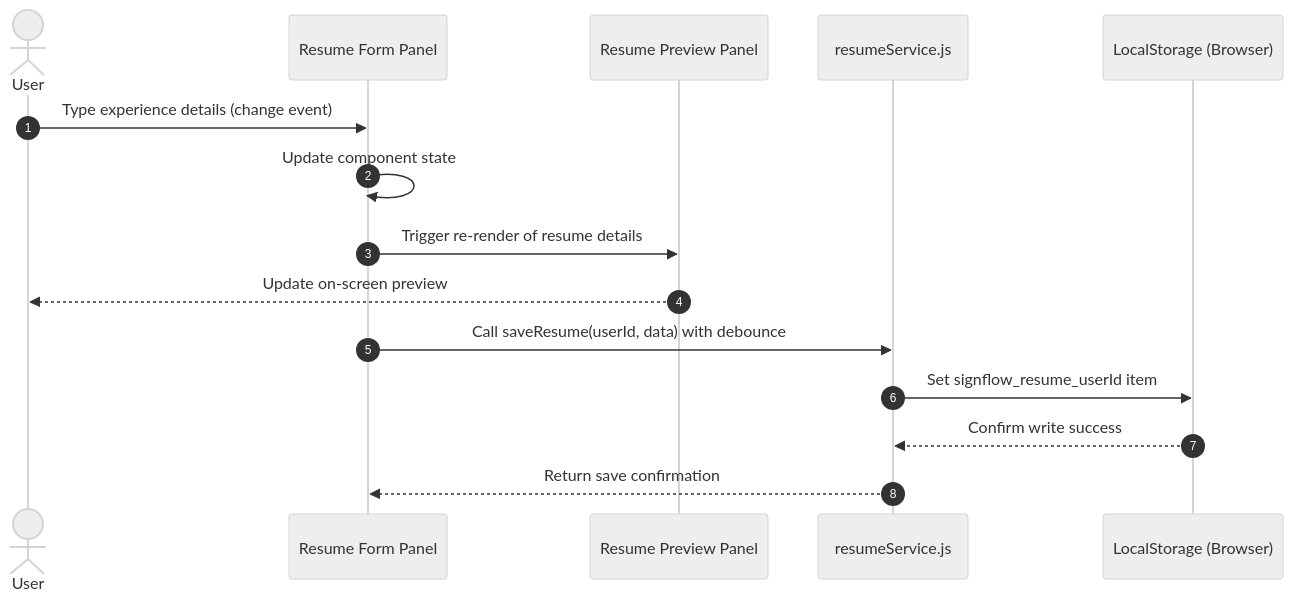
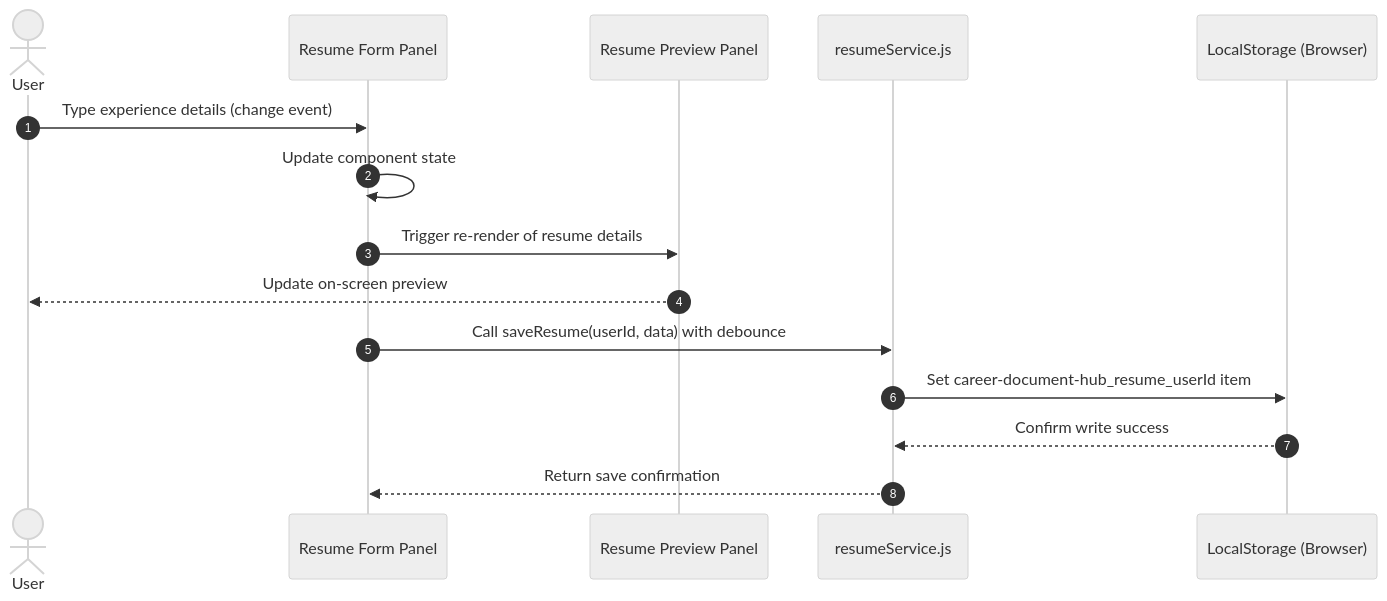
One commit to silent-knight-22/career-document-hub changed diagram 12 of 13 in Frontend-Technical-Design.md. Above: the diagram before and after it, drawn with Mermaid (neutral theme). The commit also changed other lines of this file and 21 other files, not shown here.

Commit message:
feat: rebrand to career-document-hub, fix pdf signature loop, swap to groq API, and add signature customizer

````diff
--- a/Frontend-Technical-Design.md
+++ b/Frontend-Technical-Design.md
@@ -633,18 +633,18 @@
 ```mermaid
 sequenceDiagram
     autonumber
     actor User
     participant UI as Resume Form Panel
     participant Preview as Resume Preview Panel
     participant Svc as resumeService.js
     participant Storage as LocalStorage (Browser)
 
     User->>UI: Type experience details (change event)
     UI->>UI: Update component state
     UI->>Preview: Trigger re-render of resume details
     Preview-->>User: Update on-screen preview
     UI->>Svc: Call saveResume(userId, data) with debounce
-    Svc->>Storage: Set signflow_resume_userId item
+    Svc->>Storage: Set career-document-hub_resume_userId item
     Storage-->>Svc: Confirm write success
     Svc-->>UI: Return save confirmation
 ```
````
